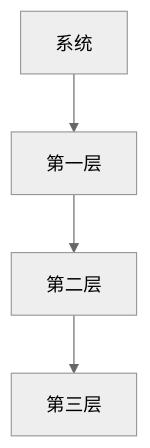
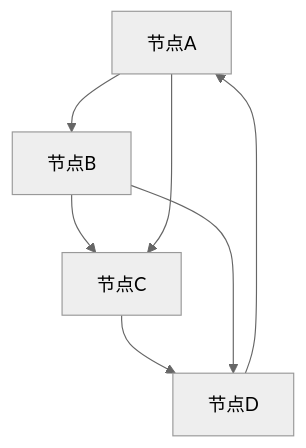
Before and after one commit to AdaMartin18010/SystemOSIOT: the fifth of 9 diagrams in 1.系统理论/1.3 形式化结构/1.3.3 结构图与表.md, drawn with Mermaid (neutral theme). The commit also changed other lines of this file and 80 other files, not shown here.

````diff
--- a/1.系统理论/1.3 形式化结构/1.3.3 结构图与表.md
+++ b/1.系统理论/1.3 形式化结构/1.3.3 结构图与表.md
@@ -22,6 +100,9 @@
 ```mermaid
 graph TD;
-  Root[系统] --> L1[第一层];
-  L1 --> L2[第二层];
-  L2 --> L3[第三层];
+  A[节点A] --> B[节点B];
+  B --> C[节点C];
+  C --> D[节点D];
+  D --> A;
+  A --> C;
+  B --> D;
 ```
````
